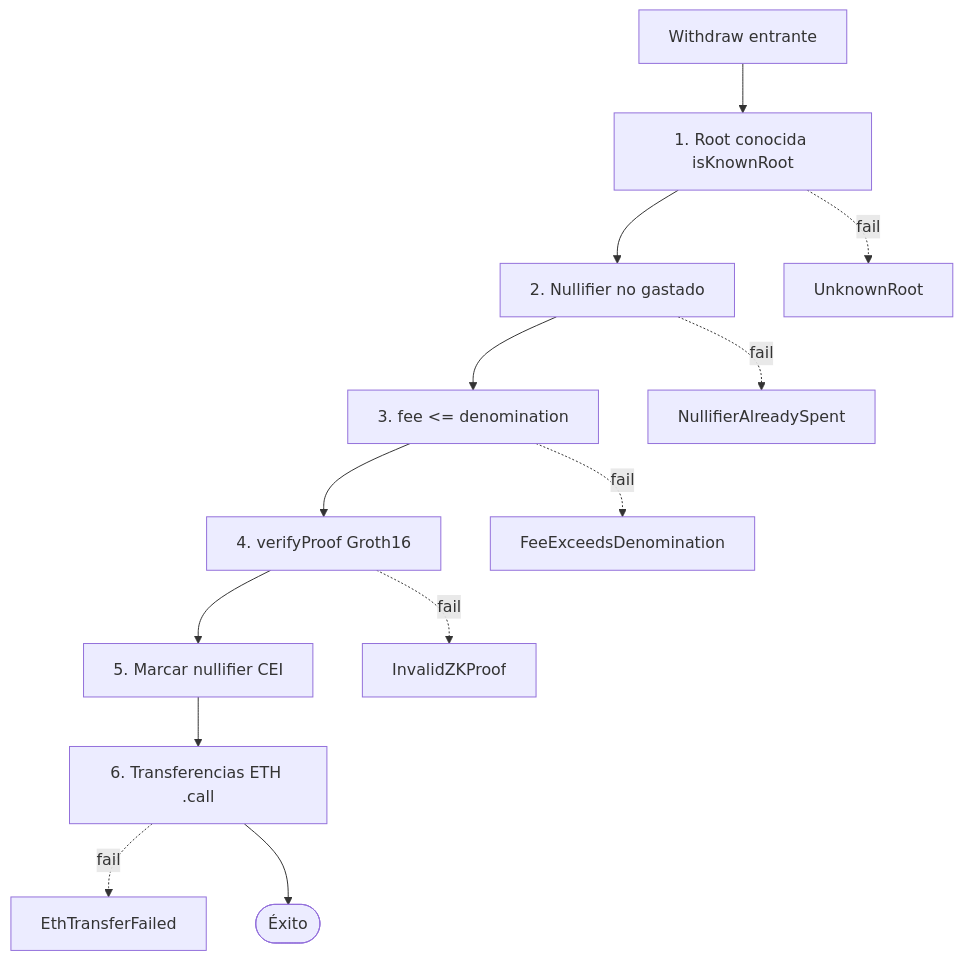
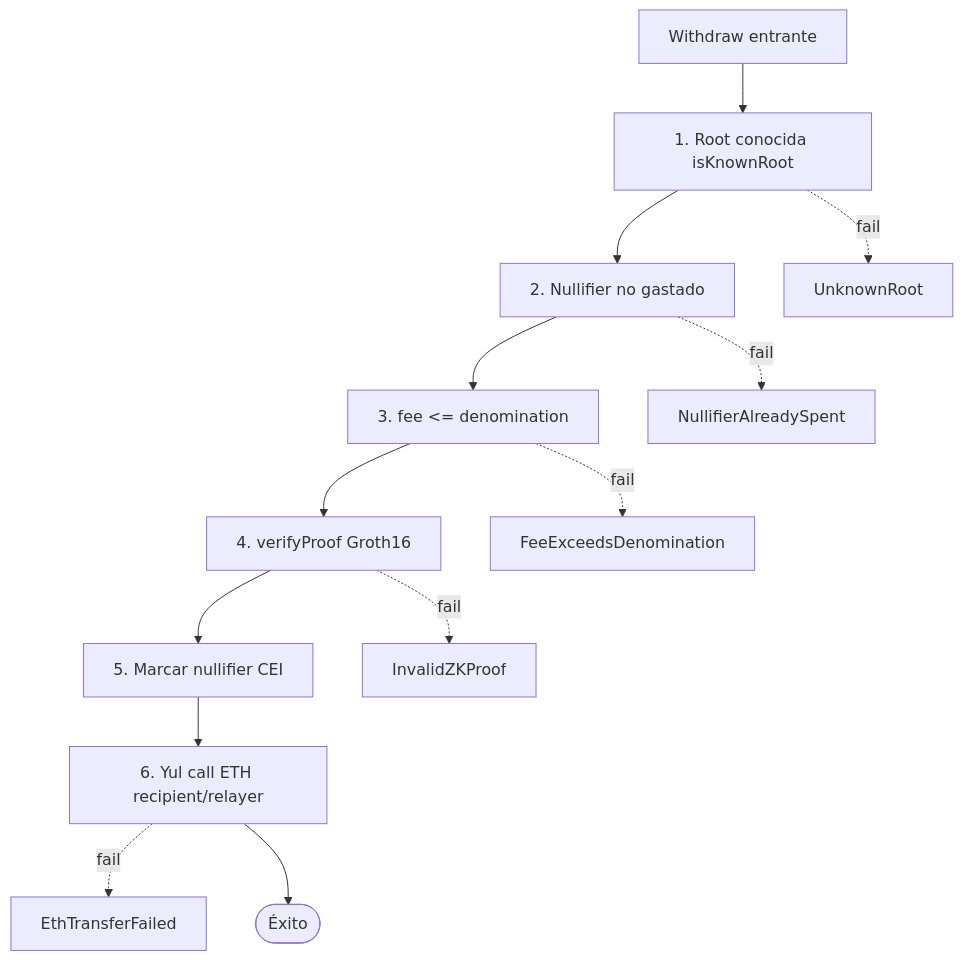
Before and after one commit to rastrahm/zk-snarks-privacy: the third of 5 diagrams in doc/flujograma.md, drawn with Mermaid. The commit also changed other lines of this file and 15 other files, not shown here.

````diff
--- a/doc/flujograma.md
+++ b/doc/flujograma.md
@@ -60,15 +60,15 @@
 ```mermaid
 flowchart TD
     A[Withdraw entrante] --> B[1. Root conocida isKnownRoot]
     B --> C[2. Nullifier no gastado]
     C --> D[3. fee <= denomination]
     D --> E[4. verifyProof Groth16]
     E --> F[5. Marcar nullifier CEI]
-    F --> G[6. Transferencias ETH .call]
+    F --> G[6. Yul call ETH recipient/relayer]
     B -.->|fail| X1[UnknownRoot]
     C -.->|fail| X2[NullifierAlreadySpent]
     D -.->|fail| X3[FeeExceedsDenomination]
     E -.->|fail| X4[InvalidZKProof]
     G -.->|fail| X5[EthTransferFailed]
     G --> Ok([Éxito])
 ```
````
